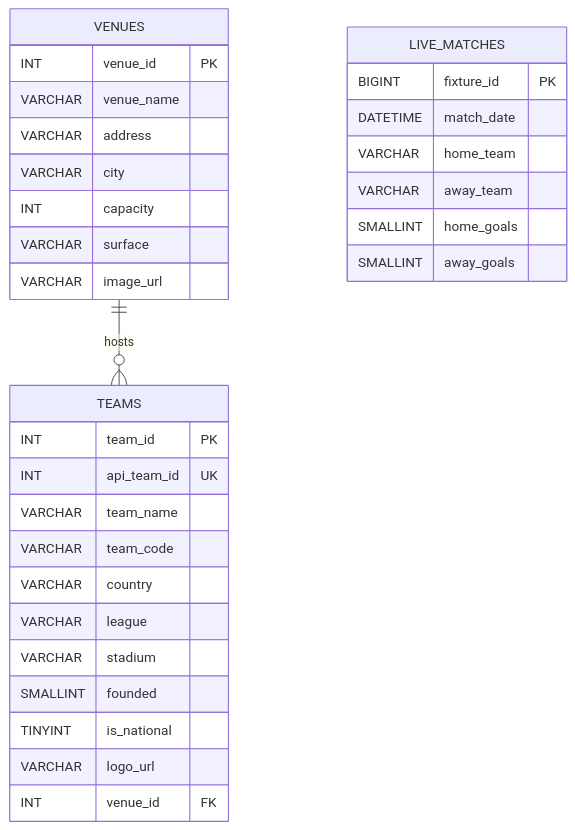
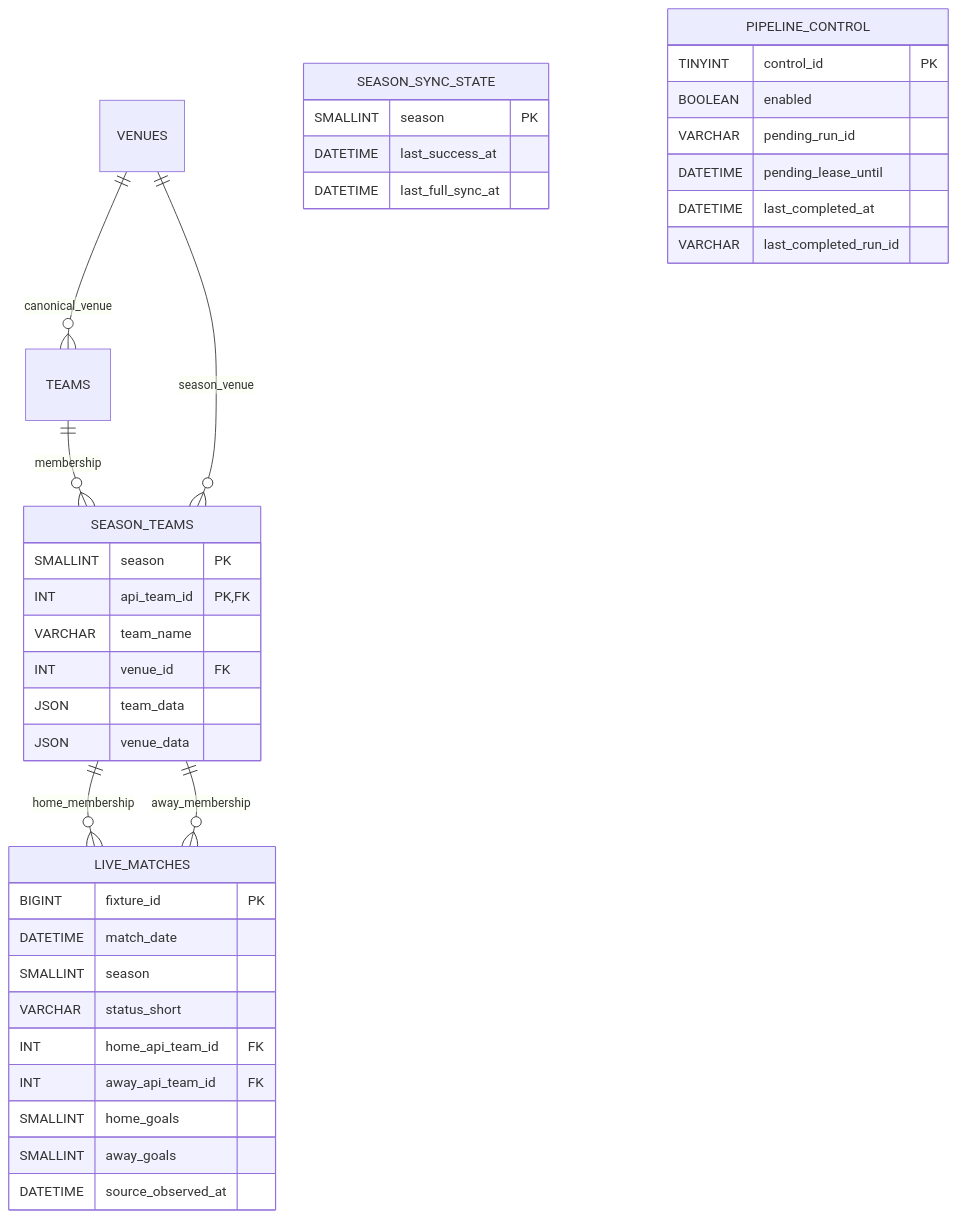
The diagram in docs/data-model.md (Mohamed254-pixel/soccer-data-pipeline), drawn with Mermaid before and after one commit. The commit also changed other lines of this file and 25 other files, not shown here.

Commit message:
Add season-aware incremental Premier League ETL

````diff
--- a/docs/data-model.md
+++ b/docs/data-model.md
@@ -17,37 +7,40 @@
 ```mermaid
 erDiagram
-    VENUES ||--o{ TEAMS : "hosts"
-
-    VENUES {
-        INT venue_id PK
-        VARCHAR venue_name
-        VARCHAR address
-        VARCHAR city
-        INT capacity
-        VARCHAR surface
-        VARCHAR image_url
-    }
-
-    TEAMS {
-        INT team_id PK
-        INT api_team_id UK
-        VARCHAR team_name
-        VARCHAR team_code
-        VARCHAR country
-        VARCHAR league
-        VARCHAR stadium
-        SMALLINT founded
-        TINYINT is_national
-        VARCHAR logo_url
-        INT venue_id FK
-    }
-
+    VENUES ||--o{ TEAMS : canonical_venue
+    TEAMS ||--o{ SEASON_TEAMS : membership
+    VENUES ||--o{ SEASON_TEAMS : season_venue
+    SEASON_TEAMS ||--o{ LIVE_MATCHES : home_membership
+    SEASON_TEAMS ||--o{ LIVE_MATCHES : away_membership
     LIVE_MATCHES {
         BIGINT fixture_id PK
         DATETIME match_date
-        VARCHAR home_team
-        VARCHAR away_team
+        SMALLINT season
+        VARCHAR status_short
+        INT home_api_team_id FK
+        INT away_api_team_id FK
         SMALLINT home_goals
         SMALLINT away_goals
+        DATETIME source_observed_at
+    }
+    SEASON_TEAMS {
+        SMALLINT season PK
+        INT api_team_id PK,FK
+        VARCHAR team_name
+        INT venue_id FK
+        JSON team_data
+        JSON venue_data
+    }
+    SEASON_SYNC_STATE {
+        SMALLINT season PK
+        DATETIME last_success_at
+        DATETIME last_full_sync_at
+    }
+    PIPELINE_CONTROL {
+        TINYINT control_id PK
+        BOOLEAN enabled
+        VARCHAR pending_run_id
+        DATETIME pending_lease_until
+        DATETIME last_completed_at
+        VARCHAR last_completed_run_id
     }
 ```
````
